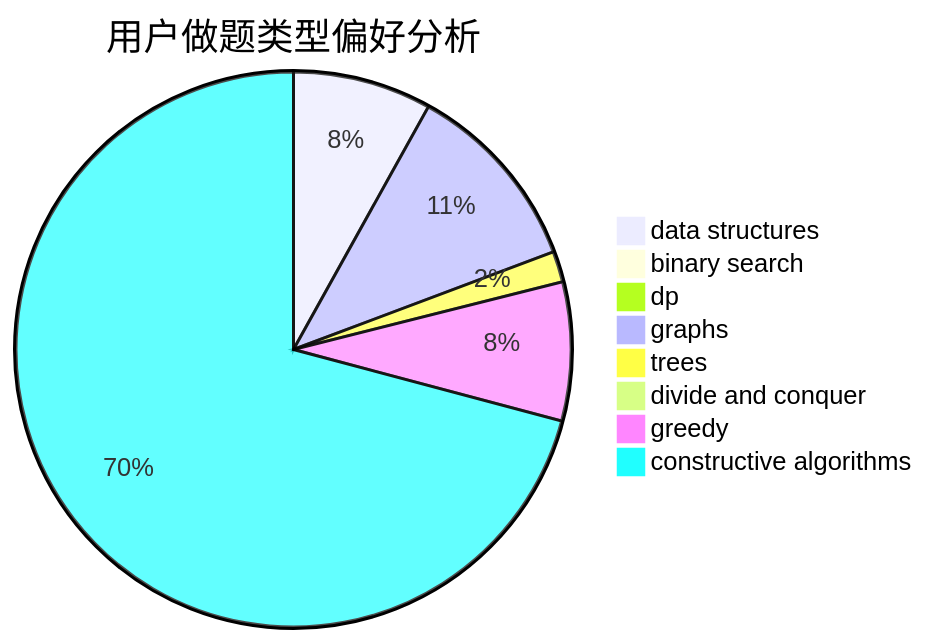
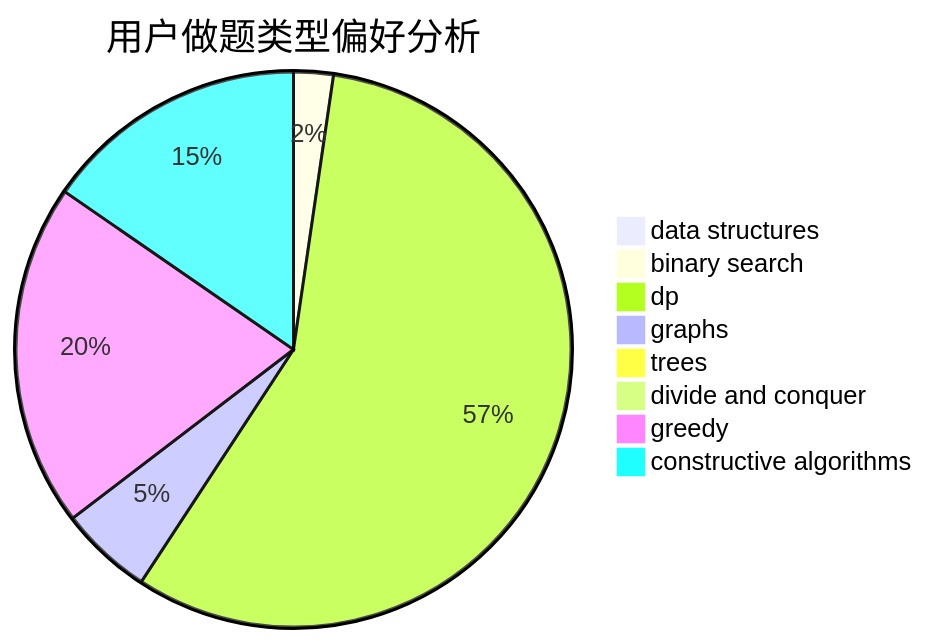
Before and after one commit to sherpahu/cfrs.github.io: the second of 3 diagrams in docs/user/u1973.md, drawn with Mermaid. The commit also changed other lines of this file and 2770 other files, not shown here.

````diff
--- a/docs/user/u1973.md
+++ b/docs/user/u1973.md
@@ -23,11 +23,11 @@
 ```mermaid
 pie title 用户做题类型偏好分析
-    "data structures" :  18
-    "binary search" :  1
-    "dp" :  1
-    "graphs" :  25
-    "trees" :  4
+    "data structures" :  0
+    "binary search" :  3
+    "dp" :  74
+    "graphs" :  7
+    "trees" :  0
     "divide and conquer" :  0
-    "greedy" :  18
-    "constructive algorithms" :  158
+    "greedy" :  26
+    "constructive algorithms" :  20
 ```
````
